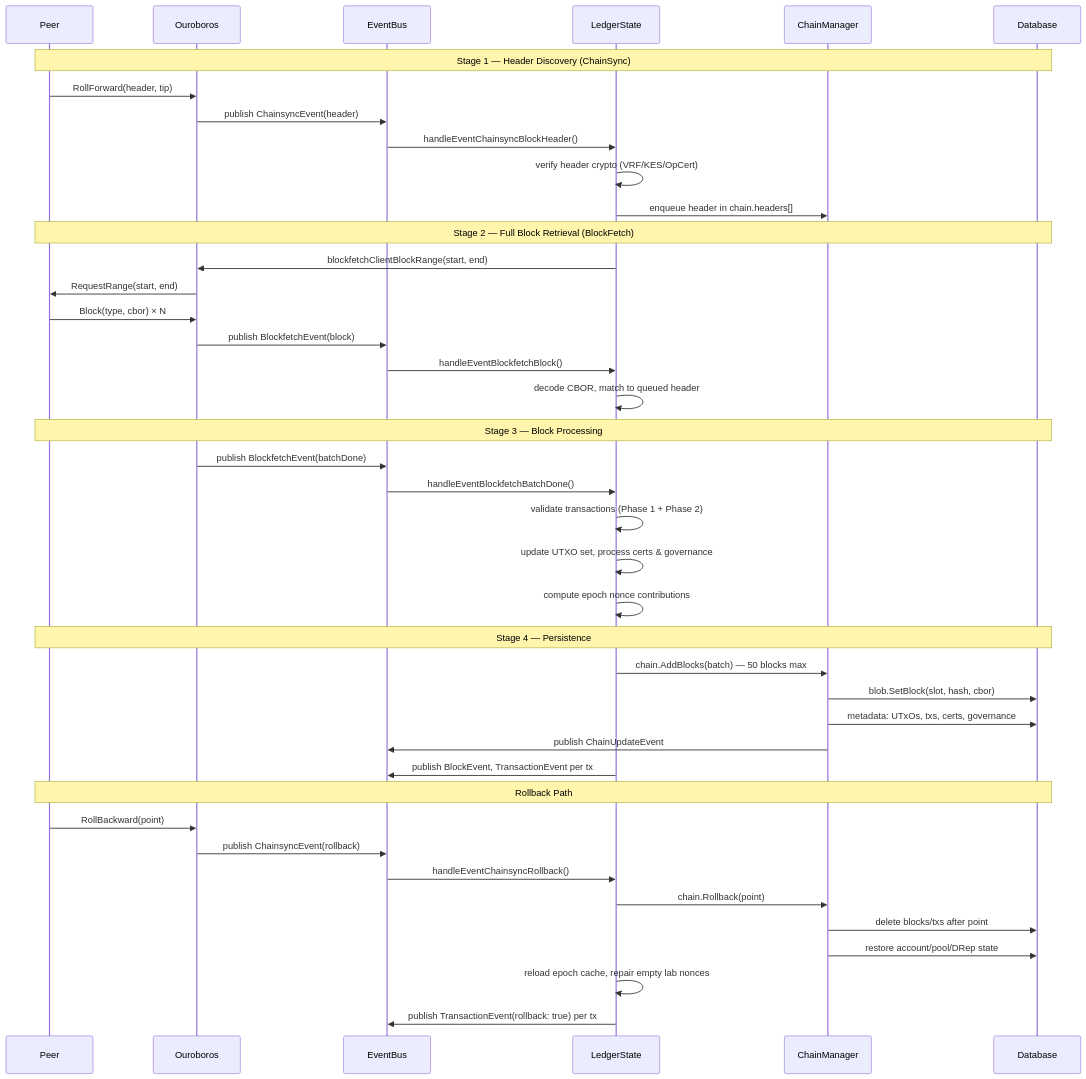
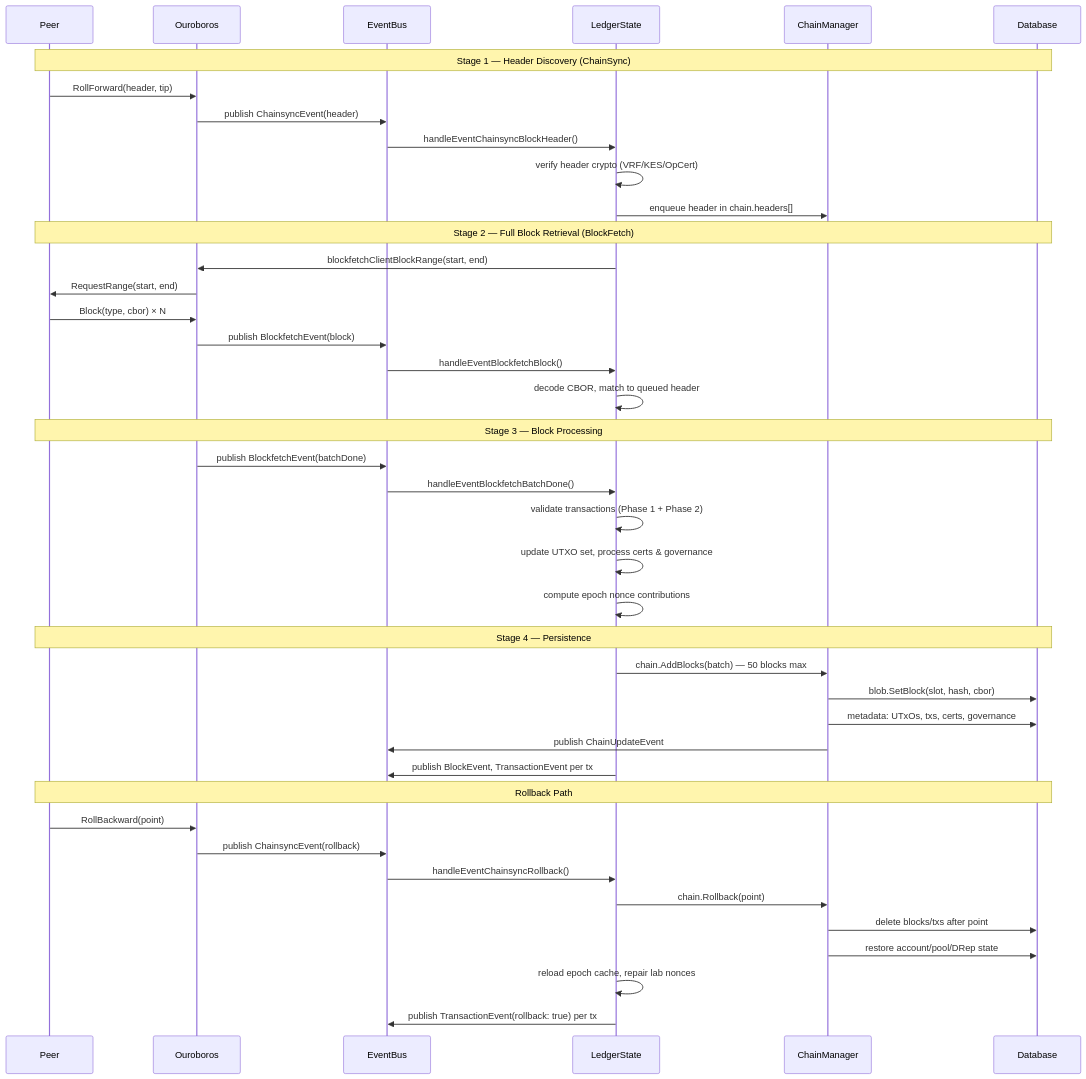
One commit to blinklabs-io/dingo changed the third of 5 diagrams in ARCHITECTURE.md. Above: the diagram before and after it, drawn with Mermaid. The commit also changed other lines of this file and 3 other files, not shown here.

````diff
--- a/ARCHITECTURE.md
+++ b/ARCHITECTURE.md
@@ -234,48 +234,48 @@
 ```mermaid
 sequenceDiagram
     participant Peer
     participant OB as Ouroboros
     participant EB as EventBus
     participant LS as LedgerState
     participant ChM as ChainManager
     participant DB as Database
 
     Note over Peer,DB: Stage 1 — Header Discovery (ChainSync)
     Peer->>OB: RollForward(header, tip)
     OB->>EB: publish ChainsyncEvent(header)
     EB->>LS: handleEventChainsyncBlockHeader()
     LS->>LS: verify header crypto (VRF/KES/OpCert)
     LS->>ChM: enqueue header in chain.headers[]
 
     Note over Peer,DB: Stage 2 — Full Block Retrieval (BlockFetch)
     LS->>OB: blockfetchClientBlockRange(start, end)
     OB->>Peer: RequestRange(start, end)
     Peer->>OB: Block(type, cbor) × N
     OB->>EB: publish BlockfetchEvent(block)
     EB->>LS: handleEventBlockfetchBlock()
     LS->>LS: decode CBOR, match to queued header
 
     Note over Peer,DB: Stage 3 — Block Processing
     OB->>EB: publish BlockfetchEvent(batchDone)
     EB->>LS: handleEventBlockfetchBatchDone()
     LS->>LS: validate transactions (Phase 1 + Phase 2)
     LS->>LS: update UTXO set, process certs & governance
     LS->>LS: compute epoch nonce contributions
 
     Note over Peer,DB: Stage 4 — Persistence
     LS->>ChM: chain.AddBlocks(batch) — 50 blocks max
     ChM->>DB: blob.SetBlock(slot, hash, cbor)
     ChM->>DB: metadata: UTxOs, txs, certs, governance
     ChM->>EB: publish ChainUpdateEvent
     LS->>EB: publish BlockEvent, TransactionEvent per tx
 
     Note over Peer,DB: Rollback Path
     Peer->>OB: RollBackward(point)
     OB->>EB: publish ChainsyncEvent(rollback)
     EB->>LS: handleEventChainsyncRollback()
     LS->>ChM: chain.Rollback(point)
     ChM->>DB: delete blocks/txs after point
     ChM->>DB: restore account/pool/DRep state
-    LS->>LS: reload epoch cache, repair empty lab nonces
+    LS->>LS: reload epoch cache, repair lab nonces
     LS->>EB: publish TransactionEvent(rollback: true) per tx
 ```
````
